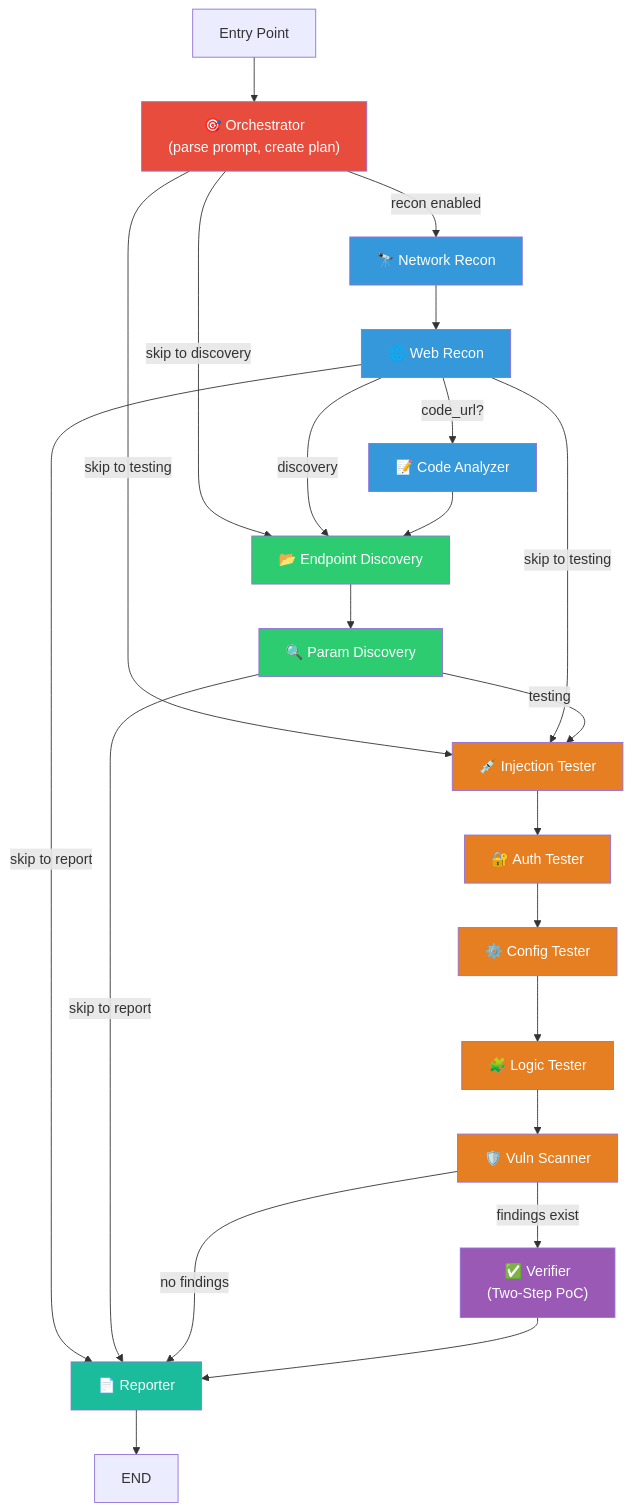
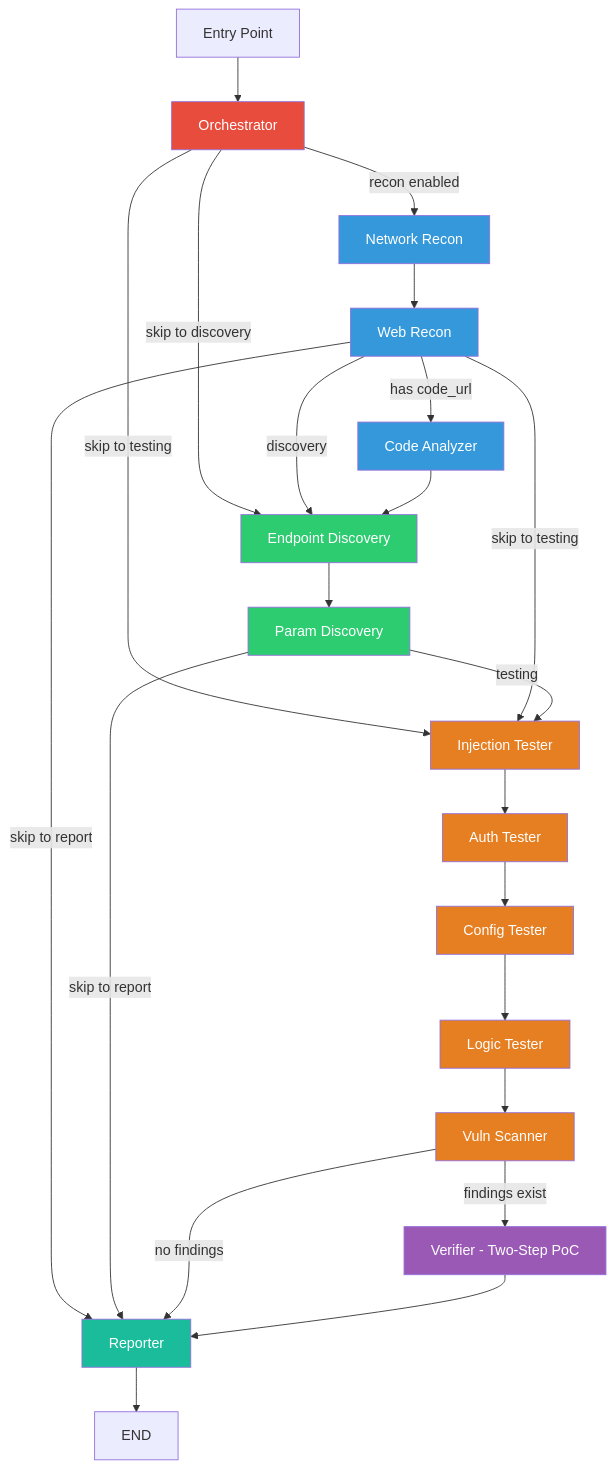
The third of 16 diagrams in docs/architecture.md (omkar-ukirde/RedStrike.AI), drawn with Mermaid before and after one commit. The commit also changed other lines of this file, not shown here.

Commit message:
refactor: simplify and clean up Mermaid diagrams in architecture documentation

````diff
--- a/docs/architecture.md
+++ b/docs/architecture.md
@@ -148,43 +148,43 @@
 ```mermaid
 graph TD
-    Entry["Entry Point"] --> Orch["🎯 Orchestrator<br/>(parse prompt, create plan)"]
+    Entry["Entry Point"] --> Orch["Orchestrator"]
 
-    Orch -->|"recon enabled"| NR["🔭 Network Recon"]
-    Orch -->|"skip to discovery"| ED["📂 Endpoint Discovery"]
-    Orch -->|"skip to testing"| IT["💉 Injection Tester"]
+    Orch -->|recon enabled| NR["Network Recon"]
+    Orch -->|skip to discovery| ED["Endpoint Discovery"]
+    Orch -->|skip to testing| IT["Injection Tester"]
 
-    NR --> WR["🌐 Web Recon"]
-    WR -->|"code_url?"| CA["📝 Code Analyzer"]
-    WR -->|"discovery"| ED
-    WR -->|"skip to testing"| IT
-    WR -->|"skip to report"| RP["📄 Reporter"]
+    NR --> WR["Web Recon"]
+    WR -->|has code_url| CA["Code Analyzer"]
+    WR -->|discovery| ED
+    WR -->|skip to testing| IT
+    WR -->|skip to report| RP["Reporter"]
 
     CA --> ED
-    ED --> PD["🔍 Param Discovery"]
-    PD -->|"testing"| IT
-    PD -->|"skip to report"| RP
+    ED --> PD["Param Discovery"]
+    PD -->|testing| IT
+    PD -->|skip to report| RP
 
-    IT --> AT["🔐 Auth Tester"]
-    AT --> CT["⚙️ Config Tester"]
-    CT --> LT["🧩 Logic Tester"]
-    LT --> VS["🛡️ Vuln Scanner"]
-    VS -->|"findings exist"| VF["✅ Verifier<br/>(Two-Step PoC)"]
-    VS -->|"no findings"| RP
+    IT --> AT["Auth Tester"]
+    AT --> CT["Config Tester"]
+    CT --> LT["Logic Tester"]
+    LT --> VS["Vuln Scanner"]
+    VS -->|findings exist| VF["Verifier - Two-Step PoC"]
+    VS -->|no findings| RP
 
     VF --> RP
     RP --> End["END"]
 
     style Orch fill:#e74c3c,color:#fff
     style NR fill:#3498db,color:#fff
     style WR fill:#3498db,color:#fff
     style CA fill:#3498db,color:#fff
     style ED fill:#2ecc71,color:#fff
     style PD fill:#2ecc71,color:#fff
     style IT fill:#e67e22,color:#fff
     style AT fill:#e67e22,color:#fff
     style CT fill:#e67e22,color:#fff
     style LT fill:#e67e22,color:#fff
     style VS fill:#e67e22,color:#fff
     style VF fill:#9b59b6,color:#fff
     style RP fill:#1abc9c,color:#fff
 ```
````
